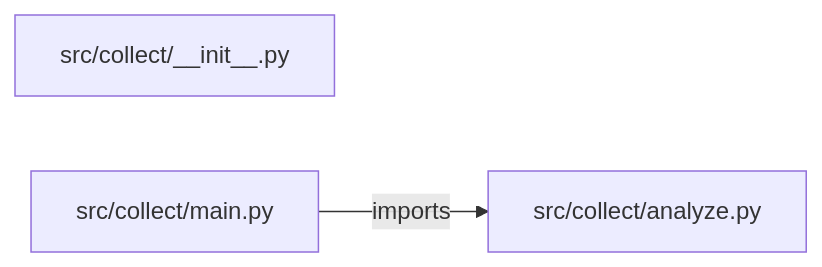
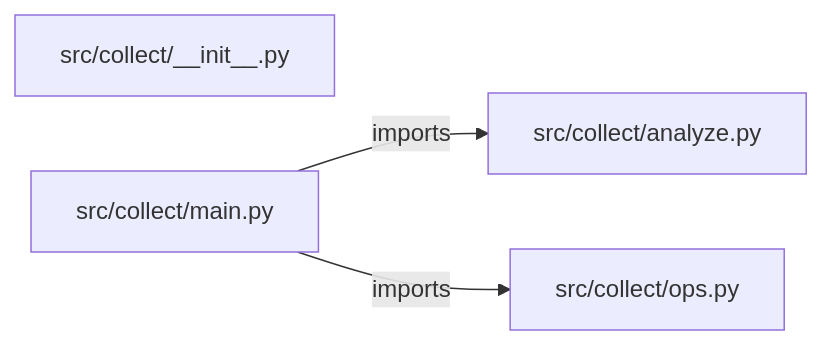
Before and after one commit to iarsingh/api-data-collection-pipeline: the diagram in PROJECT_ARCHITECTURE.md, drawn with Mermaid. The commit also changed other lines of this file and 2 other files, not shown here.

Commit message:
Refresh architecture and interview guides from current implementation

````diff
--- a/PROJECT_ARCHITECTURE.md
+++ b/PROJECT_ARCHITECTURE.md
@@ -13,7 +13,9 @@
 ```mermaid
 flowchart LR
     M0["src/collect/__init__.py"]
     M1["src/collect/analyze.py"]
     M2["src/collect/main.py"]
+    M3["src/collect/ops.py"]
     M2 -->|imports| M1
+    M2 -->|imports| M3
 ```
````
